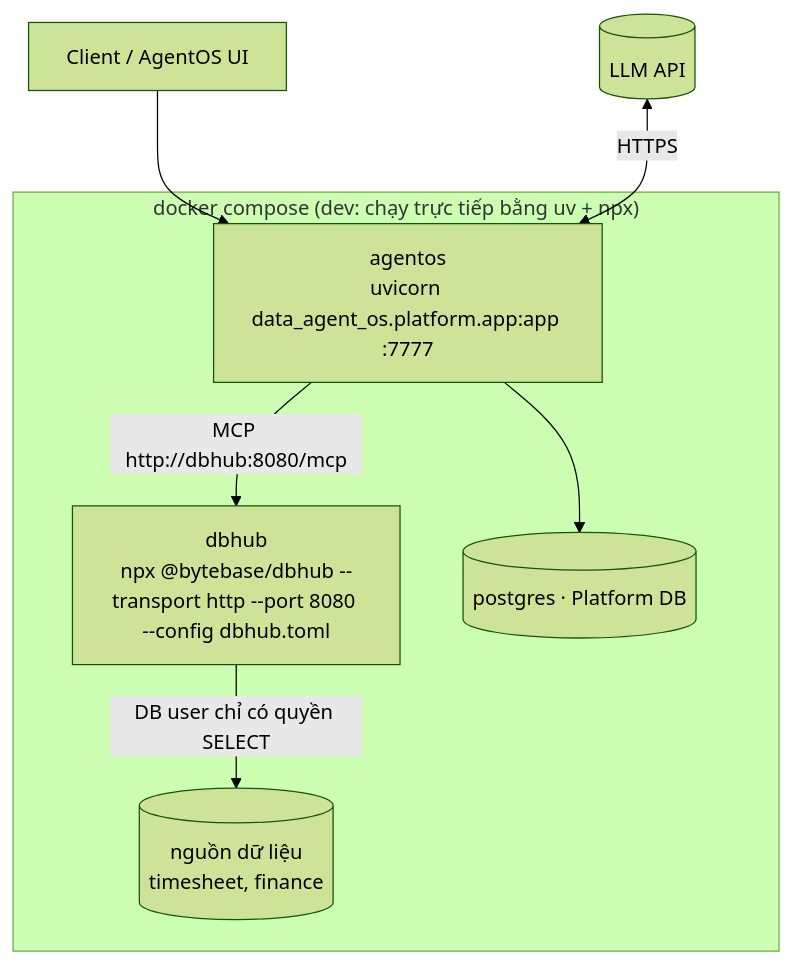
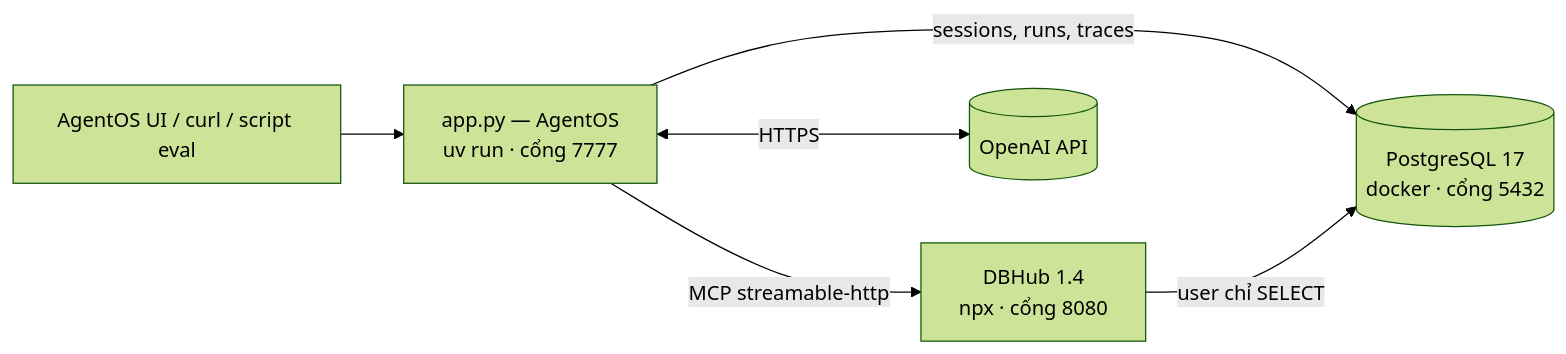
Before and after one commit to superken-python/ai-architecture: the fourth of 4 diagrams in projects/cmb-09-data-agent-os/docs/01-kien-truc.md, drawn with Mermaid (forest theme). The commit also changed other lines of this file and 12 other files, not shown here.

````diff
--- a/projects/cmb-09-data-agent-os/docs/01-kien-truc.md
+++ b/projects/cmb-09-data-agent-os/docs/01-kien-truc.md
@@ -180,14 +149,8 @@
 ```mermaid
-flowchart TB
-    subgraph compose["docker compose (dev: chạy trực tiếp bằng uv + npx)"]
-        os["agentos<br/>uvicorn data_agent_os.platform.app:app :7777"]
-        hub["dbhub<br/>npx @bytebase/dbhub --transport http --port 8080 --config dbhub.toml"]
-        pg[("postgres · Platform DB")]
-        src[("nguồn dữ liệu<br/>timesheet, finance")]
-    end
-    client[Client / AgentOS UI] --> os
-    os -- "MCP http://dbhub:8080/mcp" --> hub
-    hub -- "DB user chỉ có quyền SELECT" --> src
-    os --> pg
-    llm[(LLM API)] <-- HTTPS --> os
+flowchart LR
+    ui[AgentOS UI / curl / script eval] --> app["app.py — AgentOS<br/>uv run · cổng 7777"]
+    app -- "MCP streamable-http" --> hub["DBHub 1.4<br/>npx · cổng 8080"]
+    app -- "sessions, runs, traces" --> pg[("PostgreSQL 17<br/>docker · cổng 5432")]
+    hub -- "user chỉ SELECT" --> pg
+    app <-- HTTPS --> llm[(OpenAI API)]
 ```
````
